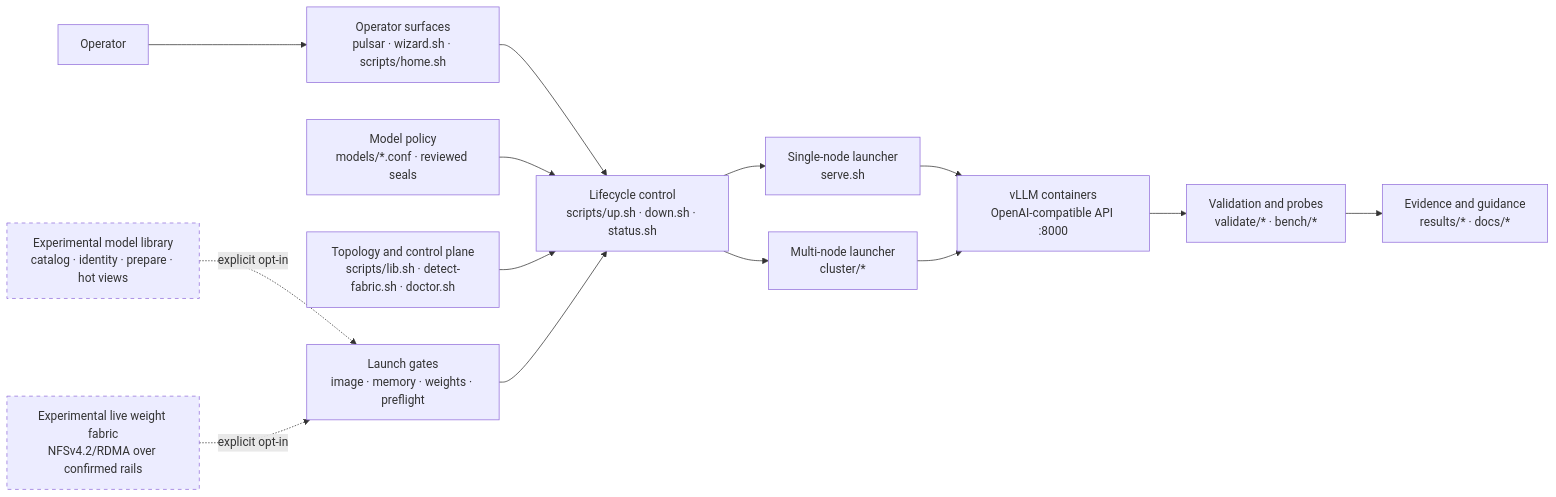
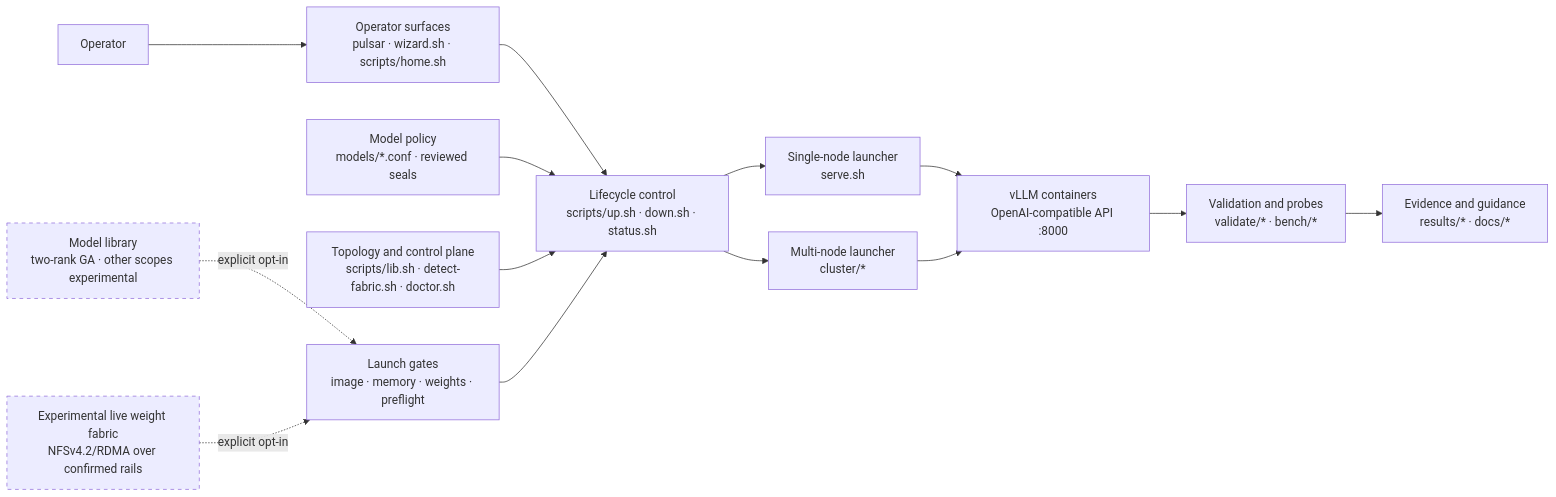
One commit to luisefigueroa/pulsar-gb10-vllm-stack changed the diagram in AGENTS.md. Above: the diagram before and after it, drawn with Mermaid. The commit also changed other lines of this file and 28 other files, not shown here.

Commit message:
feat(model-library): complete two-rank GA closure

````diff
--- a/AGENTS.md
+++ b/AGENTS.md
@@ -9,23 +9,23 @@
 ```mermaid
 flowchart LR
   operator["Operator"] --> surfaces["Operator surfaces<br/>pulsar · wizard.sh · scripts/home.sh"]
   surfaces --> lifecycle["Lifecycle control<br/>scripts/up.sh · down.sh · status.sh"]
 
   profiles["Model policy<br/>models/*.conf · reviewed seals"] --> lifecycle
   topology["Topology and control plane<br/>scripts/lib.sh · detect-fabric.sh · doctor.sh"] --> lifecycle
   artifacts["Launch gates<br/>image · memory · weights · preflight"] --> lifecycle
 
   lifecycle --> single["Single-node launcher<br/>serve.sh"]
   lifecycle --> cluster["Multi-node launcher<br/>cluster/*"]
   single --> runtime["vLLM containers<br/>OpenAI-compatible API :8000"]
   cluster --> runtime
 
-  library["Experimental model library<br/>catalog · identity · prepare · hot views"] -. explicit opt-in .-> artifacts
+  library["Model library<br/>two-rank GA · other scopes experimental"] -. explicit opt-in .-> artifacts
   fabric["Experimental live weight fabric<br/>NFSv4.2/RDMA over confirmed rails"] -. explicit opt-in .-> artifacts
 
   runtime --> validation["Validation and probes<br/>validate/* · bench/*"]
   validation --> evidence["Evidence and guidance<br/>results/* · docs/*"]
 
-  classDef experimental stroke-dasharray: 5 5;
-  class library,fabric experimental;
+  classDef optin stroke-dasharray: 5 5;
+  class library,fabric optin;
 ```
````
